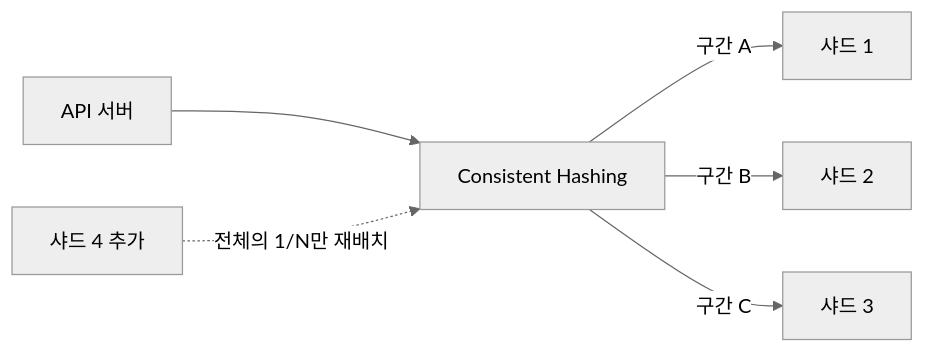
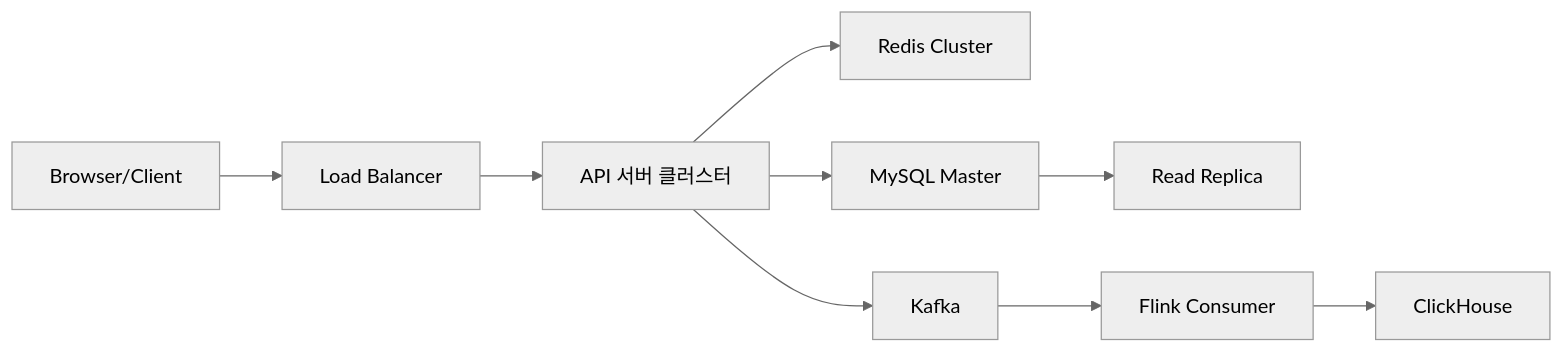
The third of 6 diagrams in _posts/systemdesign/2026-05-02-system-design-url-shortener.md (yjkim2015/yjkim2015.github.io), drawn with Mermaid (neutral theme) before and after one commit. The commit also changed other lines of this file and 4 other files, not shown here.

````diff
--- a/_posts/systemdesign/2026-05-02-system-design-url-shortener.md
+++ b/_posts/systemdesign/2026-05-02-system-design-url-shortener.md
@@ -257,8 +373,11 @@
 ```mermaid
 graph LR
-    API["API 서버"] --> CH["Consistent Hashing"]
-    CH -->|"구간 A"| S1["샤드 1"]
-    CH -->|"구간 B"| S2["샤드 2"]
-    CH -->|"구간 C"| S3["샤드 3"]
-    S4["샤드 4 추가"] -.->|"전체의 1/N만 재배치"| CH
+    Client["Browser/Client"] --> LB["Load Balancer"]
+    LB --> API["API 서버 클러스터"]
+    API --> Redis["Redis Cluster"]
+    API --> MySQL["MySQL Master"]
+    MySQL --> Replica["Read Replica"]
+    API --> Kafka["Kafka"]
+    Kafka --> Flink["Flink Consumer"]
+    Flink --> CH["ClickHouse"]
 ```
````
